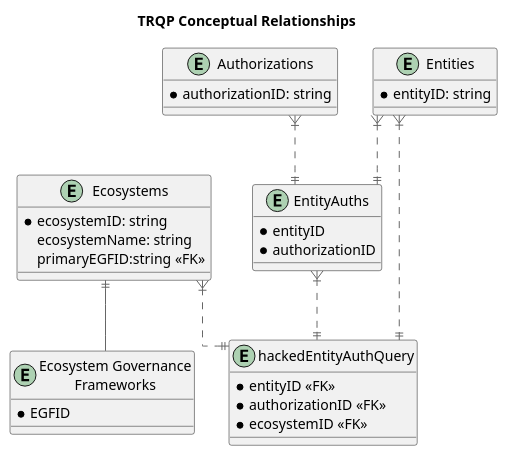
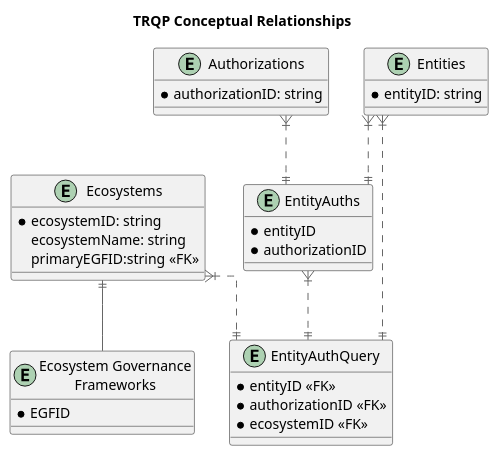
Before and after one commit to trustoverip/tswg-trust-registry-protocol: the diagram in specification/v1/core/conceptual_ER.puml, drawn with PlantUML.

Commit message:
updated ER diag

```diff
--- a/specification/v1/core/conceptual_ER.puml
+++ b/specification/v1/core/conceptual_ER.puml
@@ -1,93 +1,93 @@
 @startuml
 !include https://raw.githubusercontent.com/plantuml-stdlib/C4-PlantUML/master/C4_Container.puml
 
 title TRQP Conceptual Relationships
 skinparam linetype ortho
 
 entity "Ecosystem Governance Frameworks" as EGF {
     * EGFID
 }
 
 ' entity "EcosystemEGFs" as egfmapping {
 '     * ecosystemID
 '     * EGFID
 ' }
 
 entity "Ecosystems" as ecosystem {
     * ecosystemID: string 
       ecosystemName: string 
       primaryEGFID:string <<FK>> 
 
     
 }
 
 entity "Entities" as entities {
     * entityID: string
 
 }
 
 entity "Authorizations" as authorizations {
     * authorizationID: string
 }
 
 entity EntityAuths {
     * entityID
     * authorizationID
 }
 
-entity hackedEntityAuthQuery {
+entity EntityAuthQuery {
     * entityID <<FK>>
     * authorizationID <<FK>>
     * ecosystemID <<FK>>
 }
 
 ' Zero or One	|o--
 ' Exactly One	||--
 ' Zero or Many	}o--
 ' One or Many	}|--
 
 ecosystem ||-- EGF
 
 ' entity Authorizations
 entities }|..|| EntityAuths
 authorizations }|..|| EntityAuths
 
 ' the main (hacked) QUERY
-entities }|..|| hackedEntityAuthQuery
-EntityAuths }|..|| hackedEntityAuthQuery
-ecosystem }|..|| hackedEntityAuthQuery
+entities }|..|| EntityAuthQuery
+EntityAuths }|..|| EntityAuthQuery
+ecosystem }|..|| EntityAuthQuery
 
 '' ///// below here is the EGF deeper linkages allowing 1:N for Ecosystem:EGF
 
 ' entity EntityEGFs {
 '     * entityID <<FK>>
 '     * EGFID <<FK>>
 ' }
 
 ' entity EntityAuthQuery {
 '     * entityID <<FK>>
 '     * authorizationID <<FK>>
 '     * EGFID <<FK>>
 ' }
 
 
 
 
 ' ' ecosystem 1:n EGF
 ' egfmapping }|..|| ecosystem 
 ' egfmapping }|..|| EGF
 
 
 
 ' ' entity EGFs
 ' entities }|..|| EntityEGFs
 ' EGF }|..|| EntityEGFs
 
 ' ' the main QUERY
 ' entities }|..|| EntityAuthQuery
 ' authorizations }|..|| EntityAuthQuery
 ' EGF }|..|| EntityAuthQuery
 
 
 
 @enduml
```
